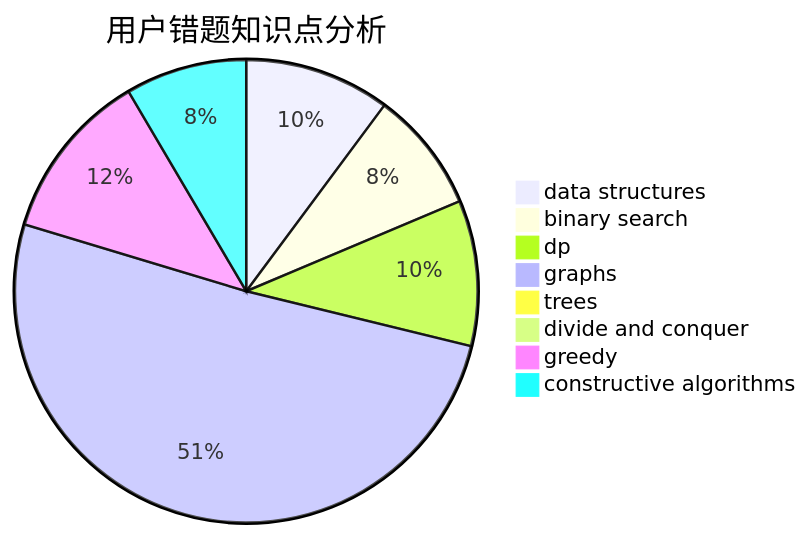
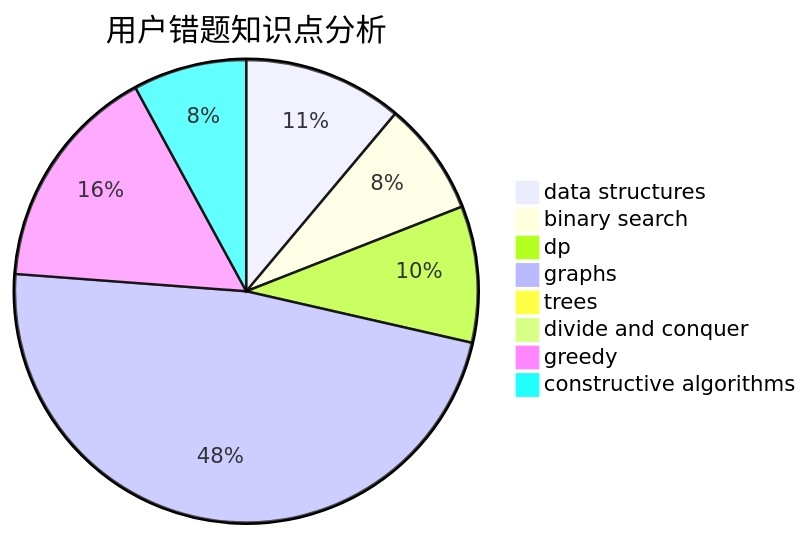
One commit to sherpahu/cfrs.github.io changed the third of 3 diagrams in docs/user/u536.md. Above: the diagram before and after it, drawn with Mermaid. The commit also changed other lines of this file and 2770 other files, not shown here.

````diff
--- a/docs/user/u536.md
+++ b/docs/user/u536.md
@@ -36,11 +36,11 @@
 ```mermaid
 pie title 用户错题知识点分析
-    "data structures" :  6
+    "data structures" :  7
     "binary search" :  5
     "dp" :  6
     "graphs" :  30
     "trees" :  0
     "divide and conquer" :  0
-    "greedy" :  7
+    "greedy" :  10
     "constructive algorithms" :  5
 ```
````
